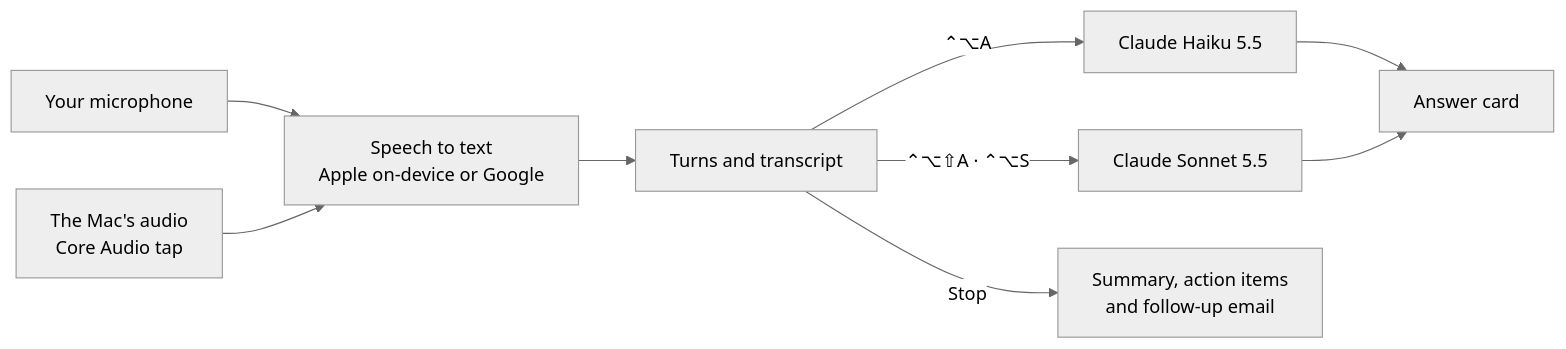
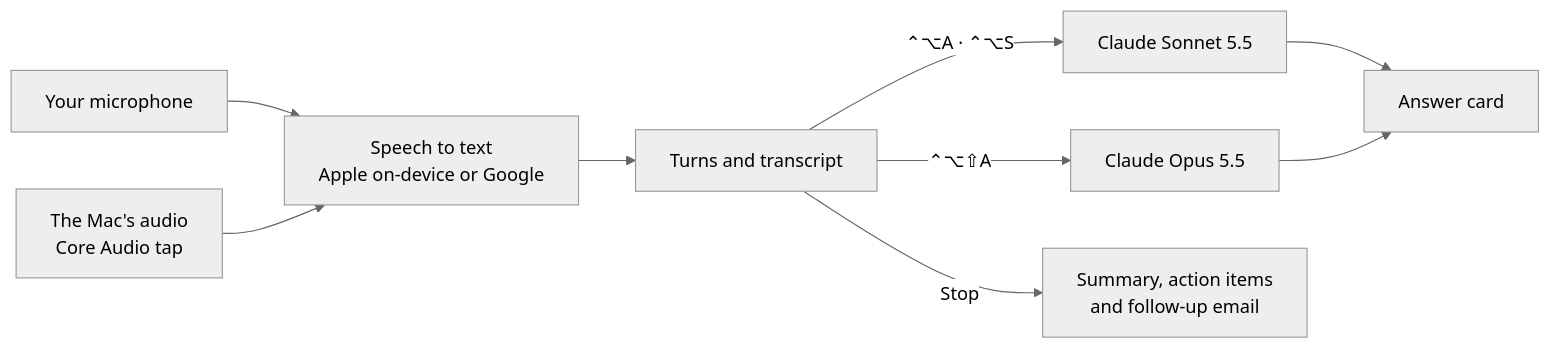
The diagram in README.md (charlesarthurking7-commits/listener), drawn with Mermaid (neutral theme) before and after one commit. The commit also changed other lines of this file and 15 other files, not shown here.

First line of the commit message:
Answer or check what is being discussed, on Sonnet and Opus

````diff
--- a/README.md
+++ b/README.md
@@ -75,11 +77,11 @@
 ```mermaid
 flowchart LR
     mic["Your microphone"] --> stt["Speech to text<br/>Apple on-device or Google"]
     tap["The Mac's audio<br/>Core Audio tap"] --> stt
     stt --> transcript["Turns and transcript"]
-    transcript -->|"⌃⌥A"| haiku["Claude Haiku 5.5"]
-    transcript -->|"⌃⌥⇧A · ⌃⌥S"| sonnet["Claude Sonnet 5.5"]
-    haiku --> card["Answer card"]
-    sonnet --> card
+    transcript -->|"⌃⌥A · ⌃⌥S"| sonnet["Claude Sonnet 5.5"]
+    transcript -->|"⌃⌥⇧A"| opus["Claude Opus 5.5"]
+    sonnet --> card["Answer card"]
+    opus --> card
     transcript -->|"Stop"| notes["Summary, action items<br/>and follow-up email"]
 ```
````
